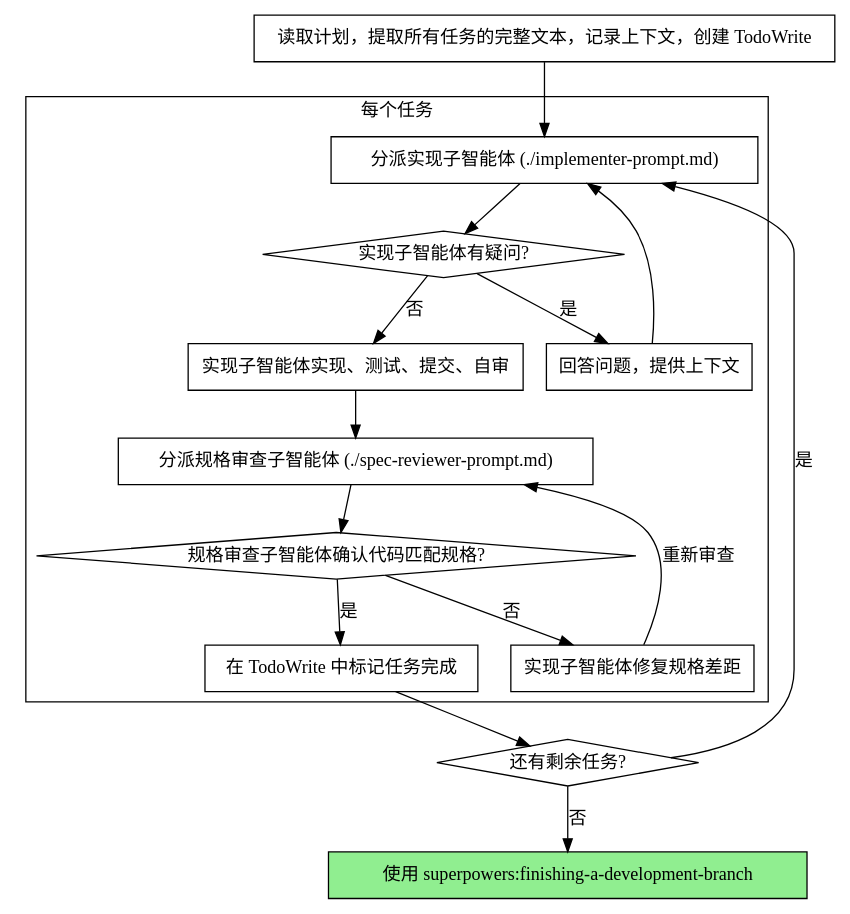
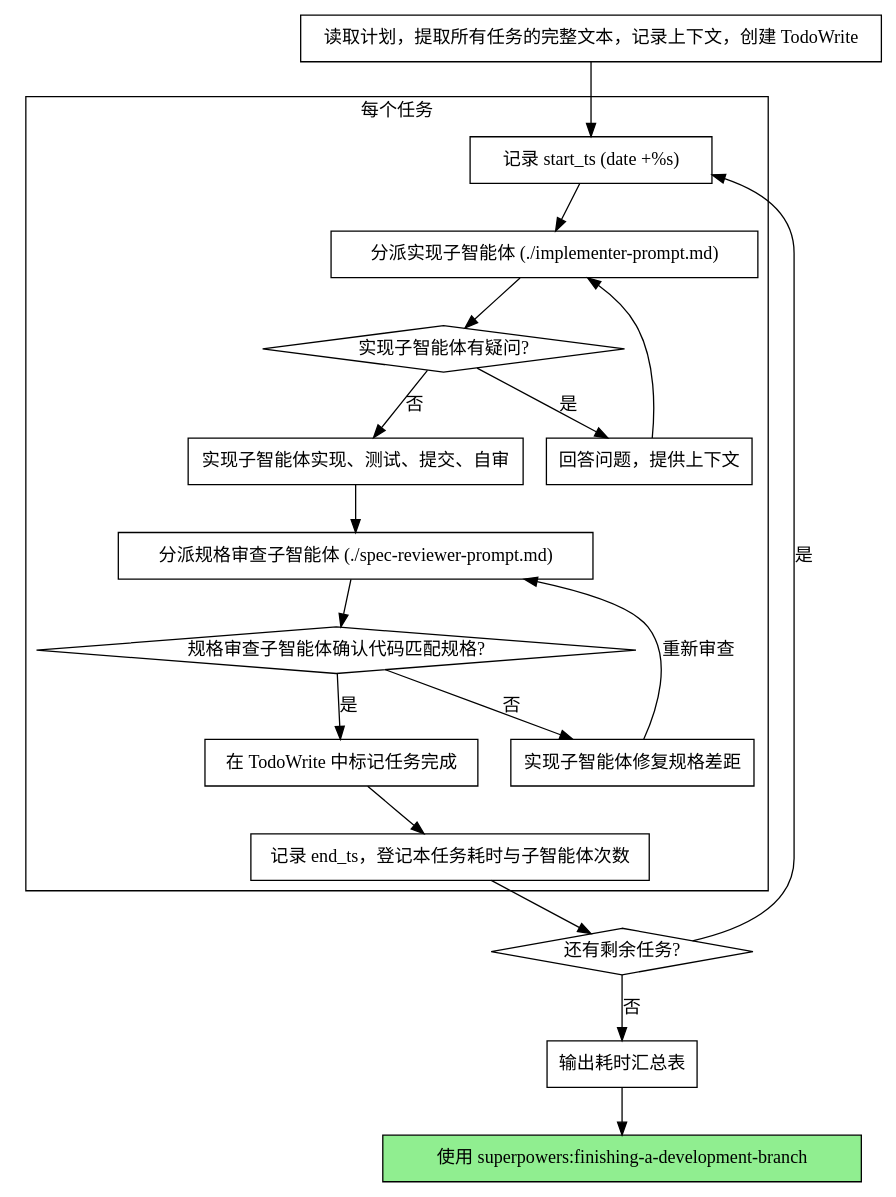
Before and after one commit to ikilobyte/superpowers-zh: the second of 2 diagrams in skills/subagent-driven-development/SKILL.md, drawn with Graphviz. The commit also changed other lines of this file, not shown here.

````diff
--- a/skills/subagent-driven-development/SKILL.md
+++ b/skills/subagent-driven-development/SKILL.md
@@ -42,35 +42,41 @@
 ```dot
 digraph process {
     rankdir=TB;
 
     subgraph cluster_per_task {
         label="每个任务";
+        "记录 start_ts (date +%s)" [shape=box];
         "分派实现子智能体 (./implementer-prompt.md)" [shape=box];
         "实现子智能体有疑问?" [shape=diamond];
         "回答问题，提供上下文" [shape=box];
         "实现子智能体实现、测试、提交、自审" [shape=box];
         "分派规格审查子智能体 (./spec-reviewer-prompt.md)" [shape=box];
         "规格审查子智能体确认代码匹配规格?" [shape=diamond];
         "实现子智能体修复规格差距" [shape=box];
         "在 TodoWrite 中标记任务完成" [shape=box];
+        "记录 end_ts，登记本任务耗时与子智能体次数" [shape=box];
     }
 
     "读取计划，提取所有任务的完整文本，记录上下文，创建 TodoWrite" [shape=box];
     "还有剩余任务?" [shape=diamond];
+    "输出耗时汇总表" [shape=box];
     "使用 superpowers:finishing-a-development-branch" [shape=box style=filled fillcolor=lightgreen];
 
-    "读取计划，提取所有任务的完整文本，记录上下文，创建 TodoWrite" -> "分派实现子智能体 (./implementer-prompt.md)";
+    "读取计划，提取所有任务的完整文本，记录上下文，创建 TodoWrite" -> "记录 start_ts (date +%s)";
+    "记录 start_ts (date +%s)" -> "分派实现子智能体 (./implementer-prompt.md)";
     "分派实现子智能体 (./implementer-prompt.md)" -> "实现子智能体有疑问?";
     "实现子智能体有疑问?" -> "回答问题，提供上下文" [label="是"];
     "回答问题，提供上下文" -> "分派实现子智能体 (./implementer-prompt.md)";
     "实现子智能体有疑问?" -> "实现子智能体实现、测试、提交、自审" [label="否"];
     "实现子智能体实现、测试、提交、自审" -> "分派规格审查子智能体 (./spec-reviewer-prompt.md)";
     "分派规格审查子智能体 (./spec-reviewer-prompt.md)" -> "规格审查子智能体确认代码匹配规格?";
     "规格审查子智能体确认代码匹配规格?" -> "实现子智能体修复规格差距" [label="否"];
     "实现子智能体修复规格差距" -> "分派规格审查子智能体 (./spec-reviewer-prompt.md)" [label="重新审查"];
     "规格审查子智能体确认代码匹配规格?" -> "在 TodoWrite 中标记任务完成" [label="是"];
-    "在 TodoWrite 中标记任务完成" -> "还有剩余任务?";
-    "还有剩余任务?" -> "分派实现子智能体 (./implementer-prompt.md)" [label="是"];
-    "还有剩余任务?" -> "使用 superpowers:finishing-a-development-branch" [label="否"];
+    "在 TodoWrite 中标记任务完成" -> "记录 end_ts，登记本任务耗时与子智能体次数";
+    "记录 end_ts，登记本任务耗时与子智能体次数" -> "还有剩余任务?";
+    "还有剩余任务?" -> "记录 start_ts (date +%s)" [label="是"];
+    "还有剩余任务?" -> "输出耗时汇总表" [label="否"];
+    "输出耗时汇总表" -> "使用 superpowers:finishing-a-development-branch";
 }
 ```
````
